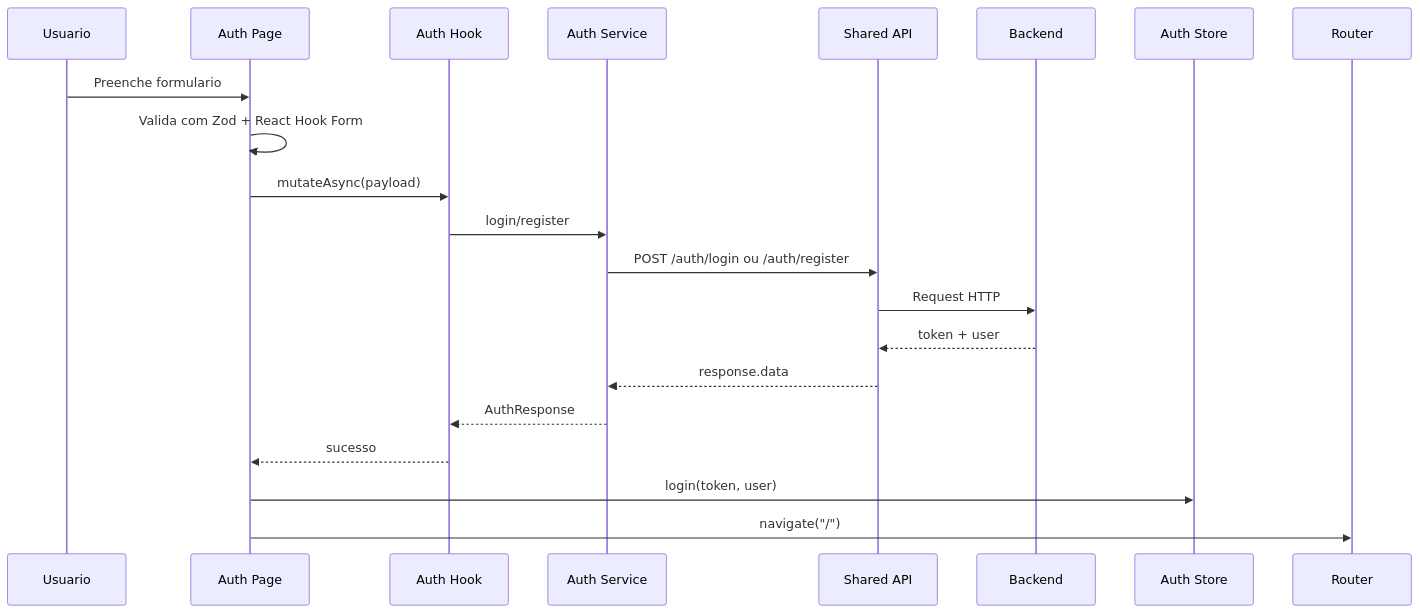
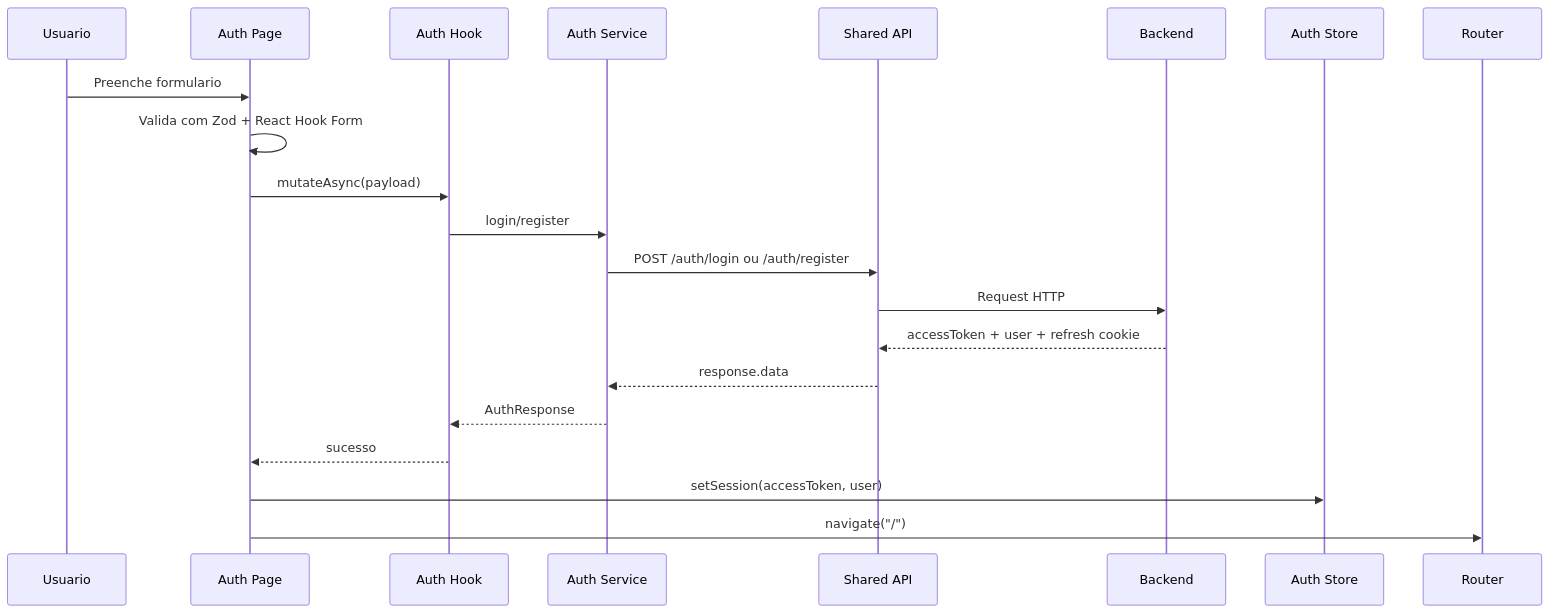
One commit to wwwbrunagon/movie_recommendation changed the third of 5 diagrams in frontend/docs/architecture.md. Above: the diagram before and after it, drawn with Mermaid. The commit also changed other lines of this file and 5 other files, not shown here.

Commit message:
docs(auth): document secure session flow

````diff
--- a/frontend/docs/architecture.md
+++ b/frontend/docs/architecture.md
@@ -92,24 +92,24 @@
 ```mermaid
 sequenceDiagram
     participant U as Usuario
     participant P as Auth Page
     participant H as Auth Hook
     participant S as Auth Service
     participant A as Shared API
     participant B as Backend
     participant Z as Auth Store
     participant R as Router
 
     U->>P: Preenche formulario
     P->>P: Valida com Zod + React Hook Form
     P->>H: mutateAsync(payload)
     H->>S: login/register
     S->>A: POST /auth/login ou /auth/register
     A->>B: Request HTTP
-    B-->>A: token + user
+    B-->>A: accessToken + user + refresh cookie
     A-->>S: response.data
     S-->>H: AuthResponse
     H-->>P: sucesso
-    P->>Z: login(token, user)
+    P->>Z: setSession(accessToken, user)
     P->>R: navigate("/")
 ```
````
